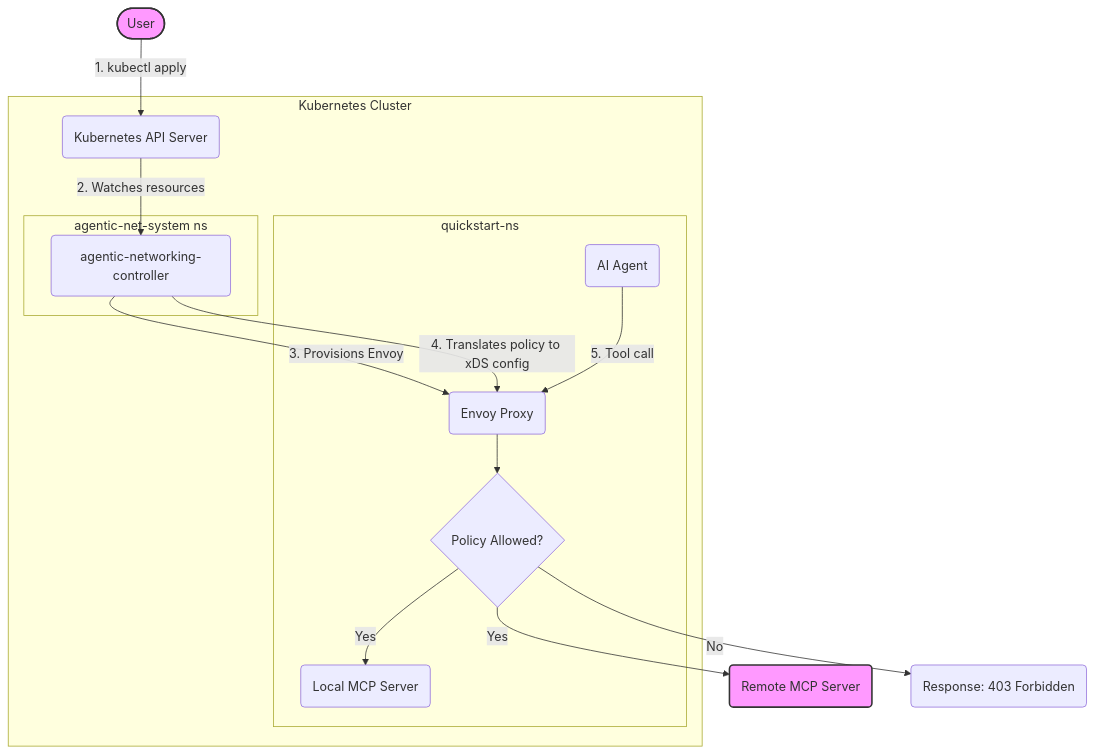
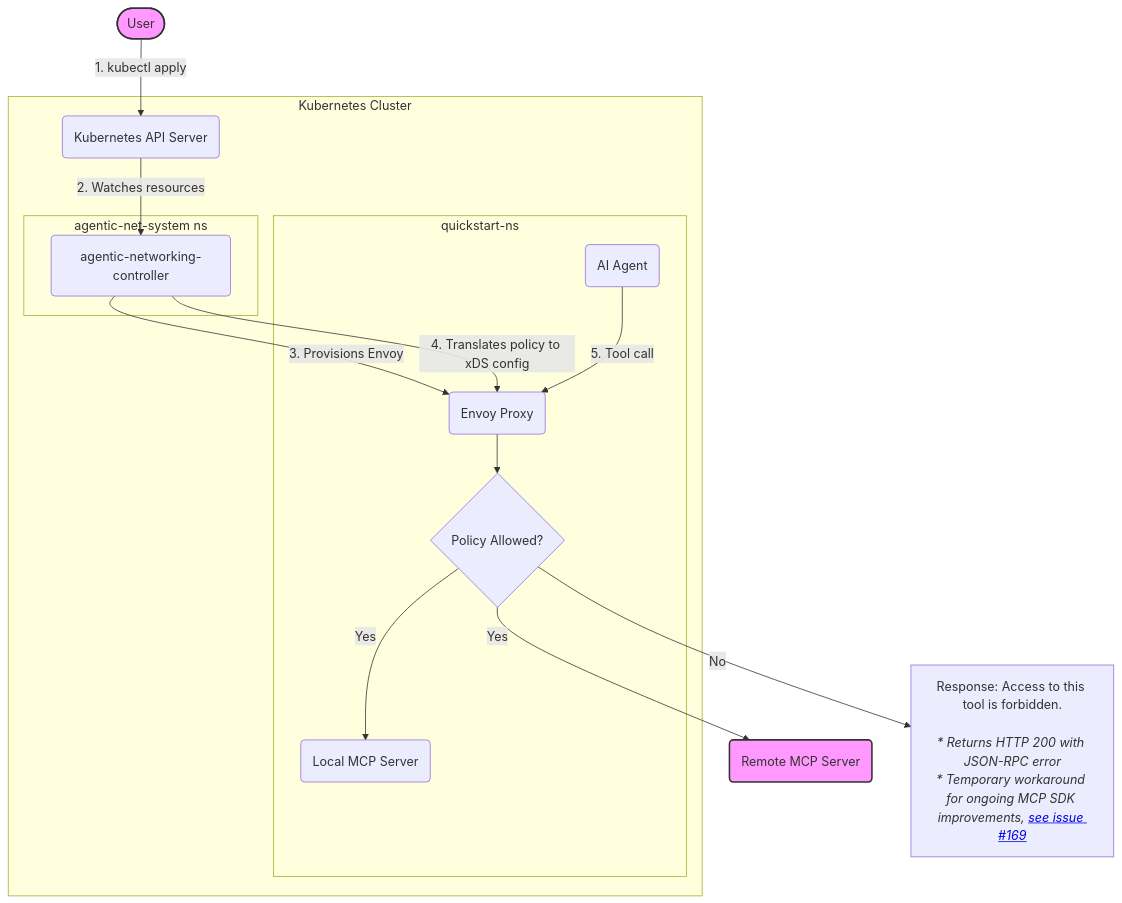
Before and after one commit to kubernetes-sigs/kube-agentic-networking: the diagram in site-src/guides/quickstart/README.md, drawn with Mermaid. The commit also changed 2 other files, not shown here.

Commit message:
update envoy filter to not override MCP server 403 response

````diff
--- a/site-src/guides/quickstart/README.md
+++ b/site-src/guides/quickstart/README.md
@@ -18,34 +18,34 @@
 ```mermaid
 ---
 config:
   theme: mc
 ---
 graph TD
     subgraph Kubernetes Cluster
         subgraph agentic-net-system ns
             Controller(agentic-networking-controller)
         end
 
         subgraph quickstart-ns
             Agent(AI Agent)
             Envoy(Envoy Proxy)
             Envoy --> Decision{Policy Allowed?}
             LocalMCP(Local MCP Server)
         end
         K8sAPI(Kubernetes API Server)
     end
 
     User([User]) -- "1. kubectl apply" --> K8sAPI
     K8sAPI -- "2. Watches resources" --> Controller
     Controller -- "3. Provisions Envoy" --> Envoy
     Controller -- "4. Translates policy to xDS config" --> Envoy
 
     Agent -- "5. Tool call" --> Envoy
 
     Decision -- "Yes" --> LocalMCP
     Decision -- "Yes" --> RemoteMCP(Remote MCP Server)
-    Decision -- "No" --> Forbidden(Response: 403 Forbidden)
+    Decision -- "No" --> Forbidden["Response: Access to this tool is forbidden.<br/><br/><i>* Returns HTTP 200 with JSON-RPC error<br/>* Temporary workaround for ongoing MCP SDK improvements, <a href='https://github.com/kubernetes-sigs/kube-agentic-networking/issues/169'>see issue #169</a></i>"]
 
     style User fill:#f9f,stroke:#333,stroke-width:2px
     style RemoteMCP fill:#f9f,stroke:#333,stroke-width:2px
 ```
````
